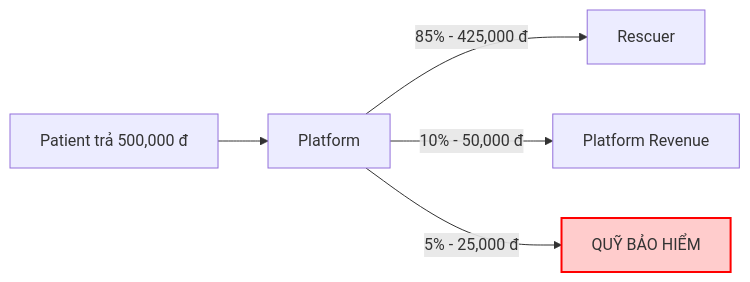
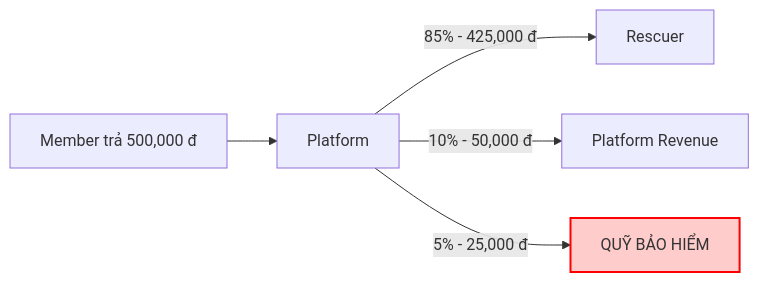
The first of 2 diagrams in Docs/01-Functional-Specs/02-Financial-Model/03-Insurance-Policy.md (Snake-AID/SnakeAid.Docs), drawn with Mermaid before and after one commit. The commit also changed 5 other files, not shown here.

Commit message:
docs: Update financial model documentation to replace 'Patient' with 'Member' for consistency across payment processes and user roles

````diff
--- a/Docs/01-Functional-Specs/02-Financial-Model/03-Insurance-Policy.md
+++ b/Docs/01-Functional-Specs/02-Financial-Model/03-Insurance-Policy.md
@@ -17,8 +17,8 @@
 ```mermaid
 graph LR
-    Patient[Patient trả 500,000 đ] --> Platform
+    Member[Member trả 500,000 đ] --> Platform
     Platform -->|85% - 425,000 đ| Rescuer
     Platform -->|10% - 50,000 đ| Revenue[Platform Revenue]
     Platform -->|5% - 25,000 đ| Fund[QUỸ BẢO HIỂM]
     style Fund fill:#ffcccc,stroke:#ff0000,stroke-width:2px
 ```
````
